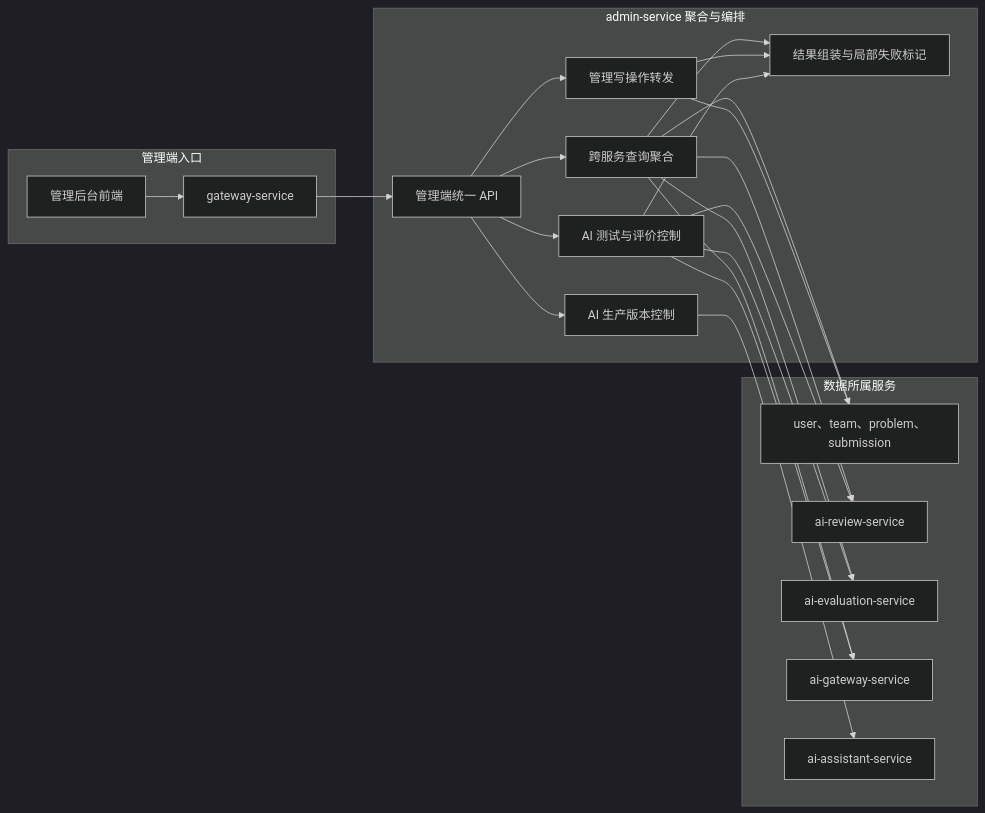
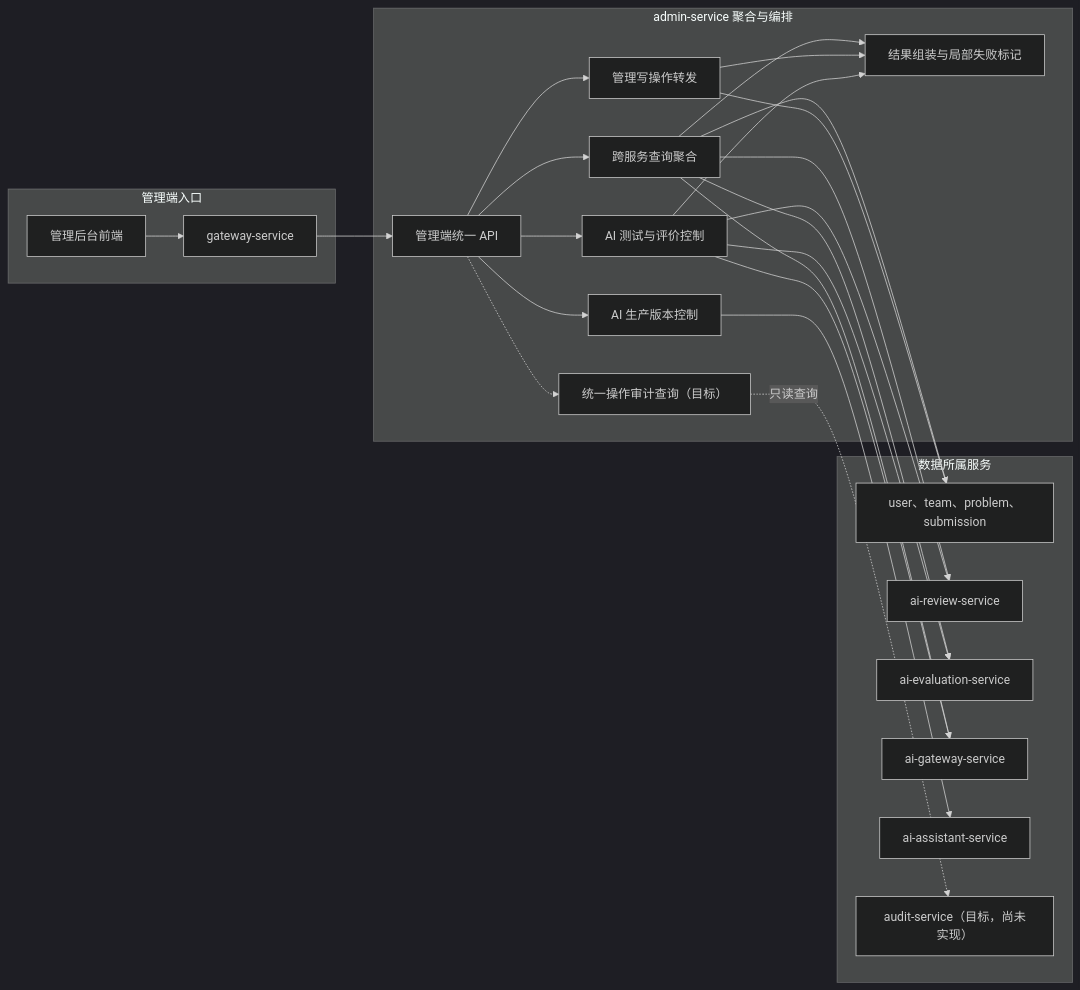
Before and after one commit to Dorian7Alden/LeetModel: the diagram in docs/project/03-微服务设计/admin-service/README.md, drawn with Mermaid (dark theme). The commit also changed other lines of this file and 10 other files, not shown here.

Commit message:
docs: 完善系统保障设计路线图

````diff
--- a/docs/project/03-微服务设计/admin-service/README.md
+++ b/docs/project/03-微服务设计/admin-service/README.md
@@ -7,44 +7,48 @@
 ```mermaid
 flowchart LR
     subgraph entry["管理端入口"]
         adminWeb["管理后台前端"]
         apiGateway["gateway-service"]
     end
 
     subgraph admin["admin-service 聚合与编排"]
         adminApi["管理端统一 API"]
         aggregation["跨服务查询聚合"]
         writeForward["管理写操作转发"]
         aiControl["AI 测试与评价控制"]
         productionControl["AI 生产版本控制"]
+        auditQuery["统一操作审计查询（目标）"]
         resultAssembly["结果组装与局部失败标记"]
 
         adminApi --> aggregation
         adminApi --> writeForward
         adminApi --> aiControl
         adminApi --> productionControl
+        adminApi -.-> auditQuery
         aggregation --> resultAssembly
         writeForward --> resultAssembly
         aiControl --> resultAssembly
     end
 
     subgraph domains["数据所属服务"]
         basicServices["user、team、problem、submission"]
         reviewService["ai-review-service"]
         evaluationService["ai-evaluation-service"]
         aiGateway["ai-gateway-service"]
         assistantService["ai-assistant-service"]
+        auditService["audit-service（目标，尚未实现）"]
     end
 
     adminWeb --> apiGateway
     apiGateway --> adminApi
     aggregation --> basicServices
     aggregation --> reviewService
     aggregation --> evaluationService
     aggregation --> aiGateway
     writeForward --> basicServices
     aiControl --> reviewService
     aiControl --> evaluationService
     aiControl --> aiGateway
     productionControl --> assistantService
+    auditQuery -. "只读查询" .-> auditService
 ```
````
